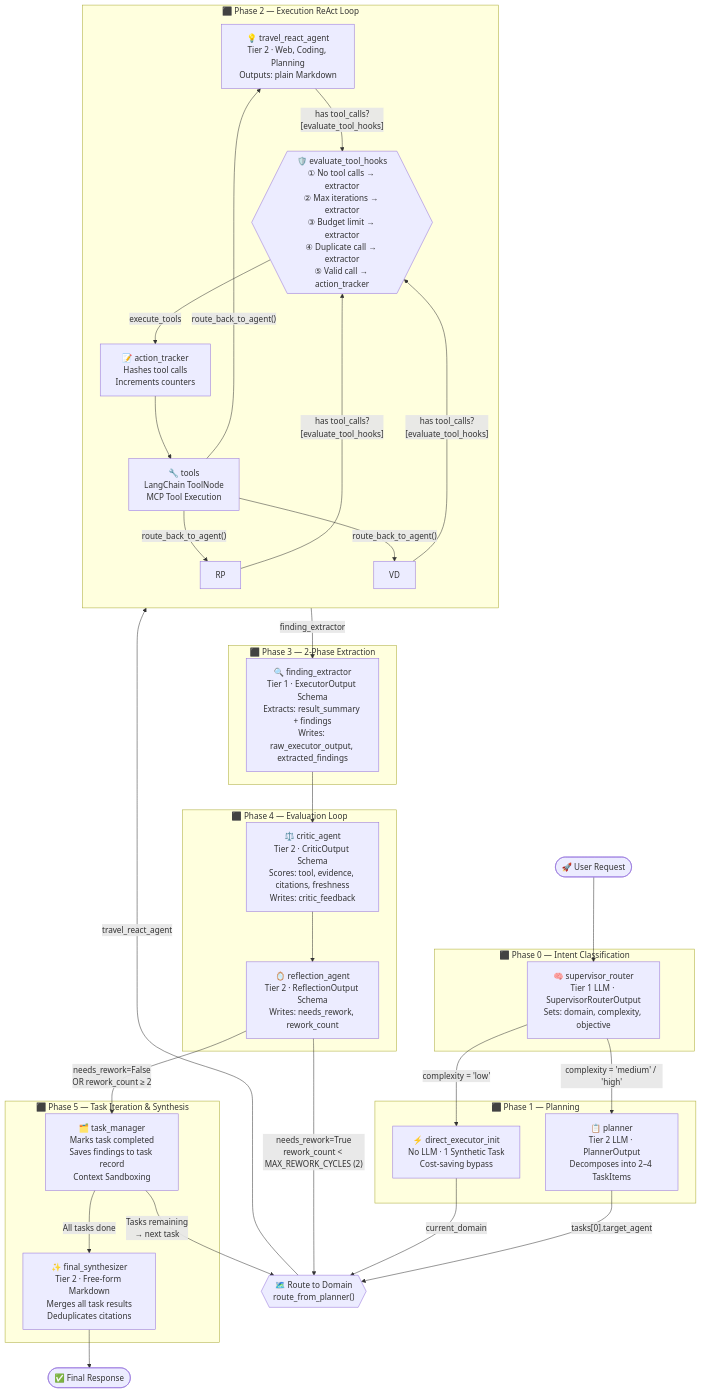
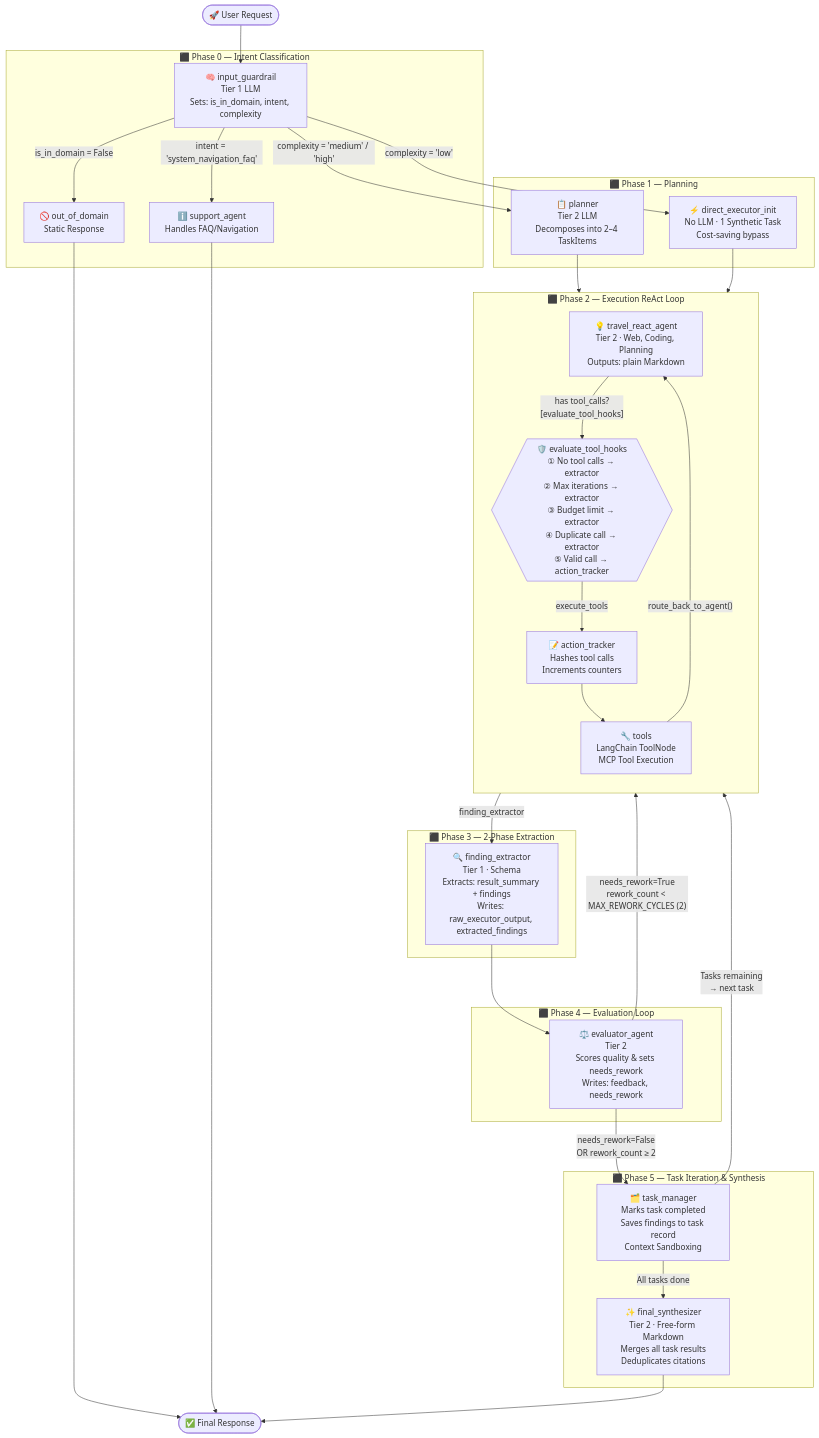
The diagram in agent/README.md (mminh007/travel-assistant-system), drawn with Mermaid before and after one commit. The commit also changed other lines of this file and 1 other file, not shown here.

````diff
--- a/agent/README.md
+++ b/agent/README.md
@@ -141,64 +133,65 @@
 ```mermaid
 flowchart TD
-    START([" 🚀 User Request "]) --> SR
+    START([" 🚀 User Request "]) --> IG
 
     subgraph PHASE0["⬛ Phase 0 — Intent Classification"]
-        SR["🧠 supervisor_router\nTier 1 LLM · SupervisorRouterOutput\nSets: domain, complexity, objective"]
+        IG["🧠 input_guardrail\nTier 1 LLM\nSets: is_in_domain, intent, complexity"]
+        OOD["🚫 out_of_domain\nStatic Response"]
+        SA["ℹ️ support_agent\nHandles FAQ/Navigation"]
     end
 
-    SR -- "complexity = 'low'" --> DEI
-    SR -- "complexity = 'medium' / 'high'" --> PL
+    IG -- "is_in_domain = False" --> OOD
+    IG -- "intent = 'system_navigation_faq'" --> SA
+    IG -- "complexity = 'low'" --> DEI
+    IG -- "complexity = 'medium' / 'high'" --> PL
+
+    OOD --> END([" ✅ Final Response "])
+    SA --> END
 
     subgraph PHASE1["⬛ Phase 1 — Planning"]
-        PL["📋 planner\nTier 2 LLM · PlannerOutput\nDecomposes into 2–4 TaskItems"]
+        PL["📋 planner\nTier 2 LLM\nDecomposes into 2–4 TaskItems"]
         DEI["⚡ direct_executor_init\nNo LLM · 1 Synthetic Task\nCost-saving bypass"]
     end
 
-    PL -- "tasks[0].target_agent" --> EX_ROUTER
-    DEI -- "current_domain" --> EX_ROUTER
-
-    EX_ROUTER{{"🗺️ Route to Domain\nroute_from_planner()"}}
-    EX_ROUTER -- "travel_react_agent" --> GM
+    PL --> GM
+    DEI --> GM
 
     subgraph PHASE2["⬛ Phase 2 — Execution ReAct Loop"]
         direction TB
         GM["💡 travel_react_agent\nTier 2 · Web, Coding, Planning\nOutputs: plain Markdown"]
 
         AT["📝 action_tracker\nHashes tool calls\nIncrements counters"]
         TOOLS["🔧 tools\nLangChain ToolNode\nMCP Tool Execution"]
 
-        GM & RP & VD -- "has tool_calls?\n[evaluate_tool_hooks]" --> HOOKS
+        GM -- "has tool_calls?\n[evaluate_tool_hooks]" --> HOOKS
         HOOKS{{"🛡️ evaluate_tool_hooks\n① No tool calls → extractor\n② Max iterations → extractor\n③ Budget limit → extractor\n④ Duplicate call → extractor\n⑤ Valid call → action_tracker"}}
         HOOKS -- "execute_tools" --> AT
         AT --> TOOLS
-        TOOLS -- "route_back_to_agent()" --> GM & RP & VD
+        TOOLS -- "route_back_to_agent()" --> GM
     end
 
     HOOKS -- "finding_extractor" --> FE
 
     subgraph PHASE3["⬛ Phase 3 — 2-Phase Extraction"]
-        FE["🔍 finding_extractor\nTier 1 · ExecutorOutput Schema\nExtracts: result_summary + findings\nWrites: raw_executor_output, extracted_findings"]
+        FE["🔍 finding_extractor\nTier 1 · Schema\nExtracts: result_summary + findings\nWrites: raw_executor_output, extracted_findings"]
     end
 
-    FE --> CR
+    FE --> EA
 
     subgraph PHASE4["⬛ Phase 4 — Evaluation Loop"]
-        CR["⚖️ critic_agent\nTier 2 · CriticOutput Schema\nScores: tool, evidence, citations, freshness\nWrites: critic_feedback"]
-        RA["🪞 reflection_agent\nTier 2 · ReflectionOutput Schema\nWrites: needs_rework, rework_count"]
-
-        CR --> RA
+        EA["⚖️ evaluator_agent\nTier 2\nScores quality & sets needs_rework\nWrites: feedback, needs_rework"]
     end
 
-    RA -- "needs_rework=True\nrework_count < MAX_REWORK_CYCLES (2)" --> EX_ROUTER
-    RA -- "needs_rework=False\nOR rework_count ≥ 2" --> TM
+    EA -- "needs_rework=True\nrework_count < MAX_REWORK_CYCLES (2)" --> GM
+    EA -- "needs_rework=False\nOR rework_count ≥ 2" --> TM
 
     subgraph PHASE5["⬛ Phase 5 — Task Iteration & Synthesis"]
         TM["🗂️ task_manager\nMarks task completed\nSaves findings to task record\nContext Sandboxing"]
         FS["✨ final_synthesizer\nTier 2 · Free-form Markdown\nMerges all task results\nDeduplicates citations"]
     end
 
-    TM -- "Tasks remaining\n→ next task" --> EX_ROUTER
+    TM -- "Tasks remaining\n→ next task" --> GM
     TM -- "All tasks done" --> FS
 
-    FS --> END([" ✅ Final Response "])
+    FS --> END
 ```
````
